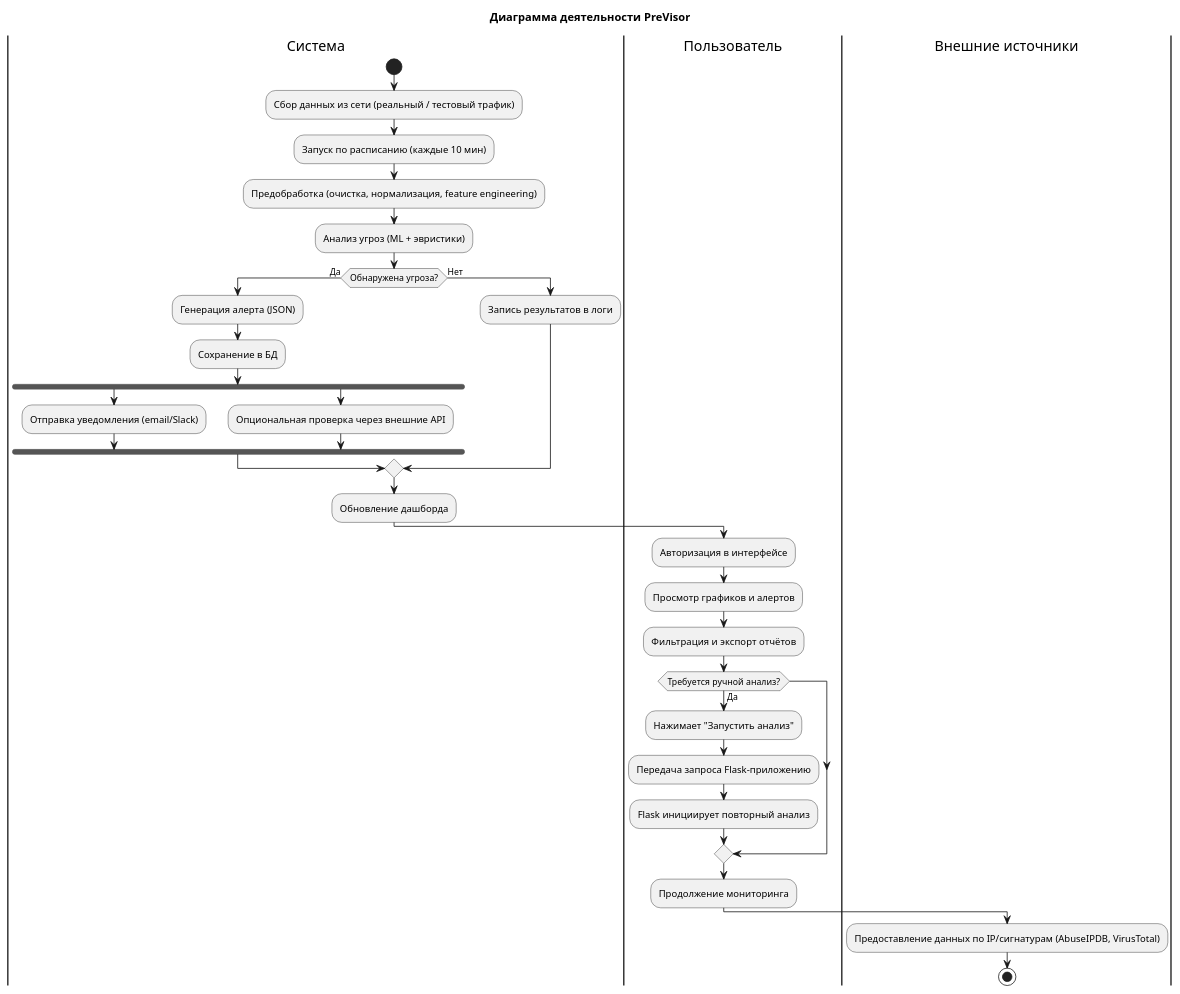
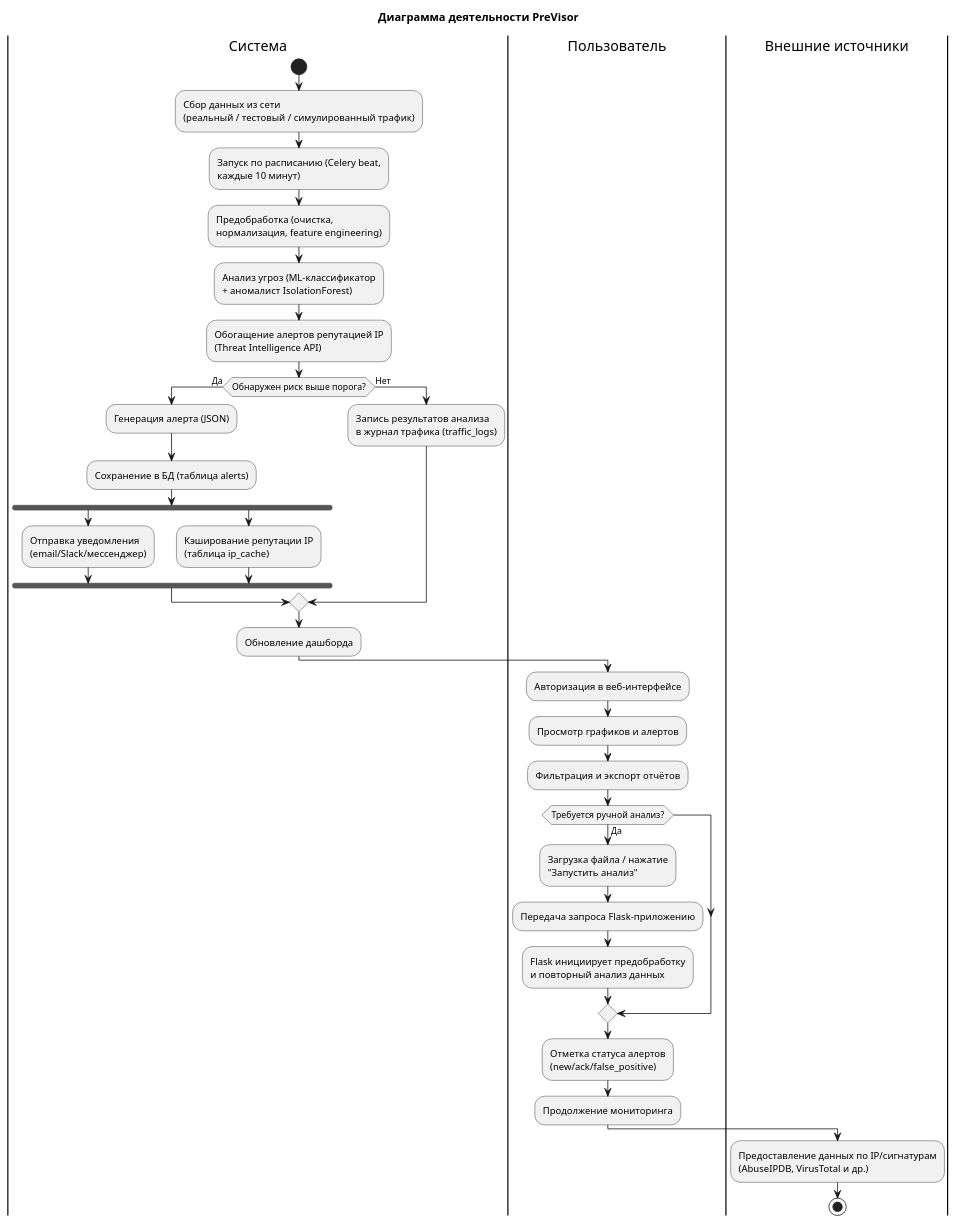
The diagram in static/previsor_activity_diagram.puml (k00000tek/previsor), drawn with PlantUML before and after one commit. The commit also changed 38 other files, not shown here.

```diff
--- a/static/previsor_activity_diagram.puml
+++ b/static/previsor_activity_diagram.puml
@@ -1,40 +1,43 @@
 @startuml
 'https://plantuml.com/activity-diagram
 title Диаграмма деятельности PreVisor
 
 |Система|
 start
-:Сбор данных из сети (реальный / тестовый трафик);
-:Запуск по расписанию (каждые 10 мин);
-:Предобработка (очистка, нормализация, feature engineering);
+:Сбор данных из сети\n(реальный / тестовый / симулированный трафик);
+:Запуск по расписанию (Celery beat,\nкаждые 10 минут);
+:Предобработка (очистка,\nнормализация, feature engineering);
 
-:Анализ угроз (ML + эвристики);
-if (Обнаружена угроза?) then (Да)
+:Анализ угроз (ML-классификатор\n+ аномалист IsolationForest);
+:Обогащение алертов репутацией IP\n(Threat Intelligence API);
+
+if (Обнаружен риск выше порога?) then (Да)
   :Генерация алерта (JSON);
-  :Сохранение в БД;
+  :Сохранение в БД (таблица alerts);
   fork
-    :Отправка уведомления (email/Slack);
+    :Отправка уведомления\n(email/Slack/мессенджер);
   fork again
-    :Опциональная проверка через внешние API;
+    :Кэширование репутации IP\n(таблица ip_cache);
   end fork
 else (Нет)
-  :Запись результатов в логи;
+  :Запись результатов анализа\nв журнал трафика (traffic_logs);
 endif
 :Обновление дашборда;
 
 |Пользователь|
-:Авторизация в интерфейсе;
+:Авторизация в веб-интерфейсе;
 :Просмотр графиков и алертов;
 :Фильтрация и экспорт отчётов;
 if (Требуется ручной анализ?) then (Да)
-  :Нажимает "Запустить анализ";
+  :Загрузка файла / нажатие\n"Запустить анализ";
   :Передача запроса Flask-приложению;
-  :Flask инициирует повторный анализ;
+  :Flask инициирует предобработку\nи повторный анализ данных;
 endif
+:Отметка статуса алертов\n(new/ack/false_positive);
 :Продолжение мониторинга;
 
 |Внешние источники|
-:Предоставление данных по IP/сигнатурам (AbuseIPDB, VirusTotal);
+:Предоставление данных по IP/сигнатурам\n(AbuseIPDB, VirusTotal и др.);
 
 stop
 @enduml
```
